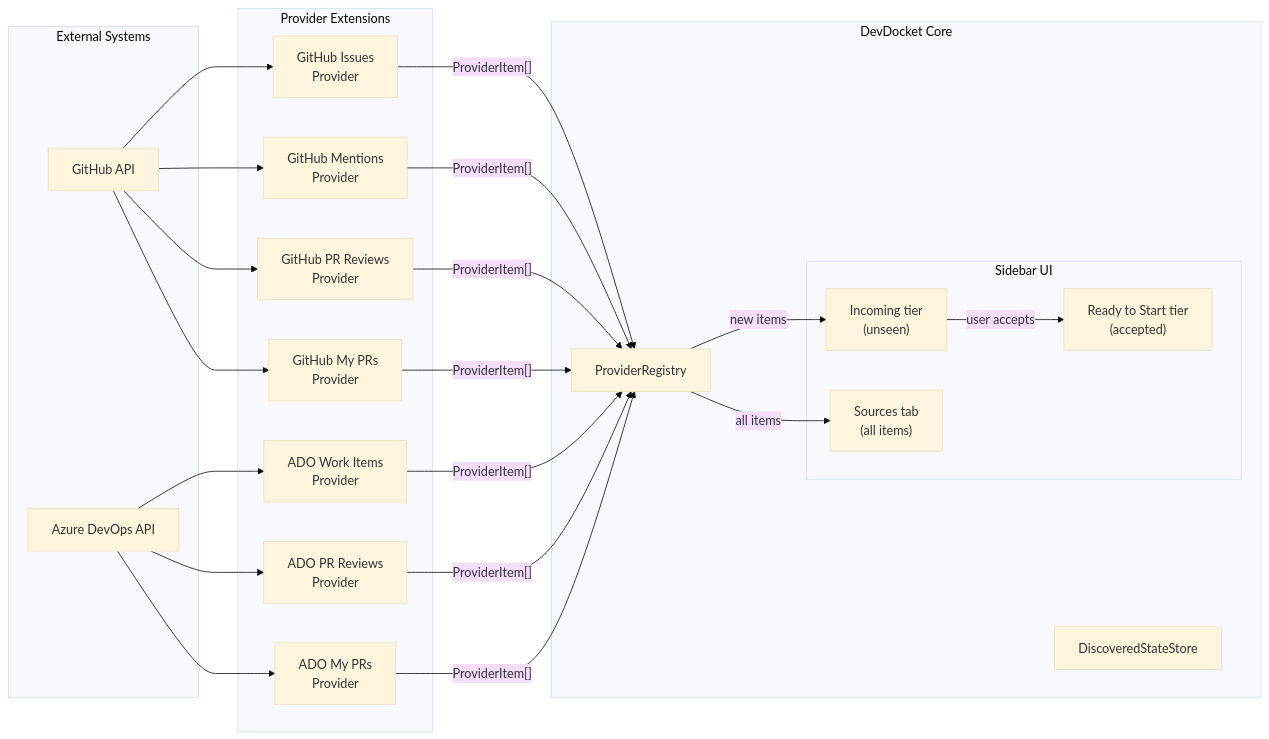
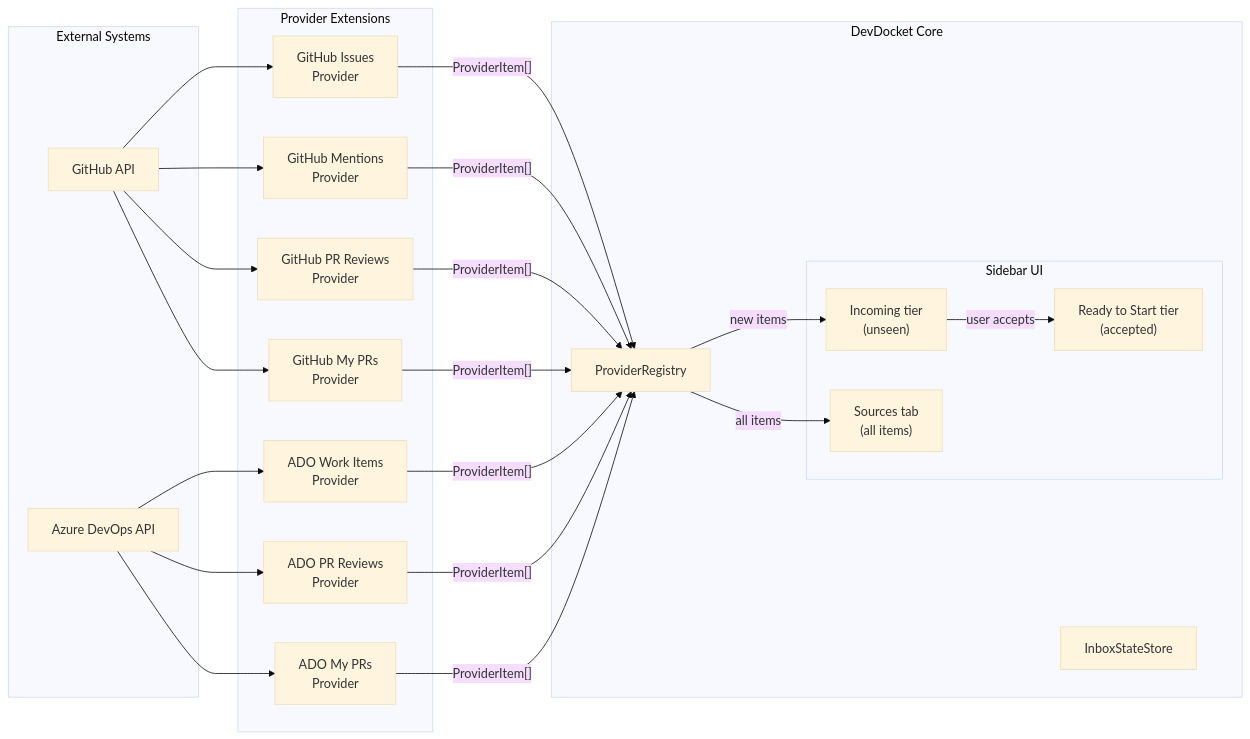
The first of 3 diagrams in docs/provider-discovery.md (devdocket/devdocket), drawn with Mermaid (base theme) before and after one commit. The commit also changed 20 other files, not shown here.

````diff
--- a/docs/provider-discovery.md
+++ b/docs/provider-discovery.md
@@ -27,47 +27,47 @@
 ```mermaid
 flowchart LR
     subgraph External["External Systems"]
         GH["GitHub API"]
         ADO["Azure DevOps API"]
     end
 
     subgraph Providers["Provider Extensions"]
         GHI["GitHub Issues<br/>Provider"]
         GHM["GitHub Mentions<br/>Provider"]
         GHPR["GitHub PR Reviews<br/>Provider"]
         GHMY["GitHub My PRs<br/>Provider"]
         ADOWI["ADO Work Items<br/>Provider"]
         ADOPR["ADO PR Reviews<br/>Provider"]
         ADOMY["ADO My PRs<br/>Provider"]
     end
 
     subgraph Core["DevDocket Core"]
         PR["ProviderRegistry"]
-        SS["DiscoveredStateStore"]
+        SS["InboxStateStore"]
         subgraph UI["Sidebar UI"]
             Incoming["Incoming tier<br/>(unseen)"]
             Sources["Sources tab<br/>(all items)"]
             Ready["Ready to Start tier<br/>(accepted)"]
         end
     end
 
     GH --> GHI
     GH --> GHM
     GH --> GHPR
     GH --> GHMY
     ADO --> ADOWI
     ADO --> ADOPR
     ADO --> ADOMY
 
     GHI -- "ProviderItem[]" --> PR
     GHM -- "ProviderItem[]" --> PR
     GHPR -- "ProviderItem[]" --> PR
     GHMY -- "ProviderItem[]" --> PR
     ADOWI -- "ProviderItem[]" --> PR
     ADOPR -- "ProviderItem[]" --> PR
     ADOMY -- "ProviderItem[]" --> PR
 
     PR -- "new items" --> Incoming
     PR -- "all items" --> Sources
     Incoming -- "user accepts" --> Ready
 ```
````
